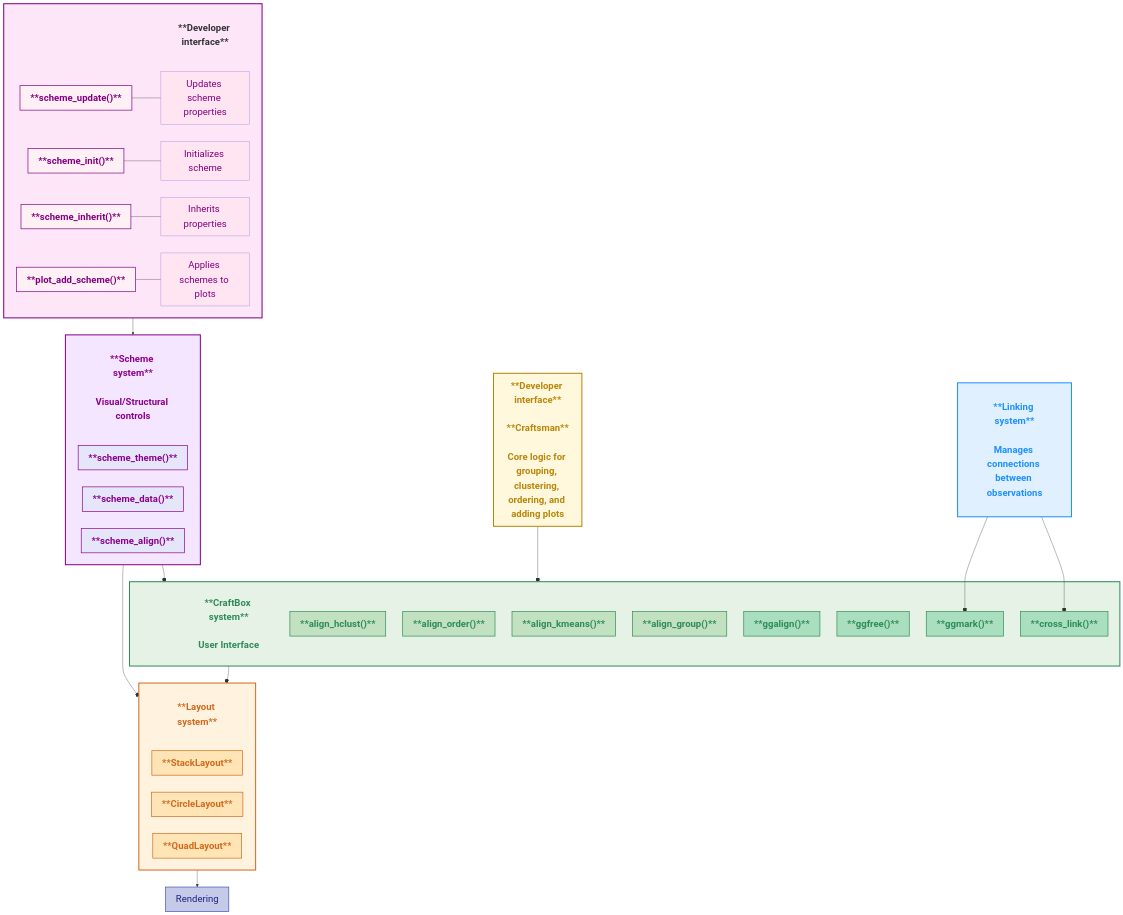
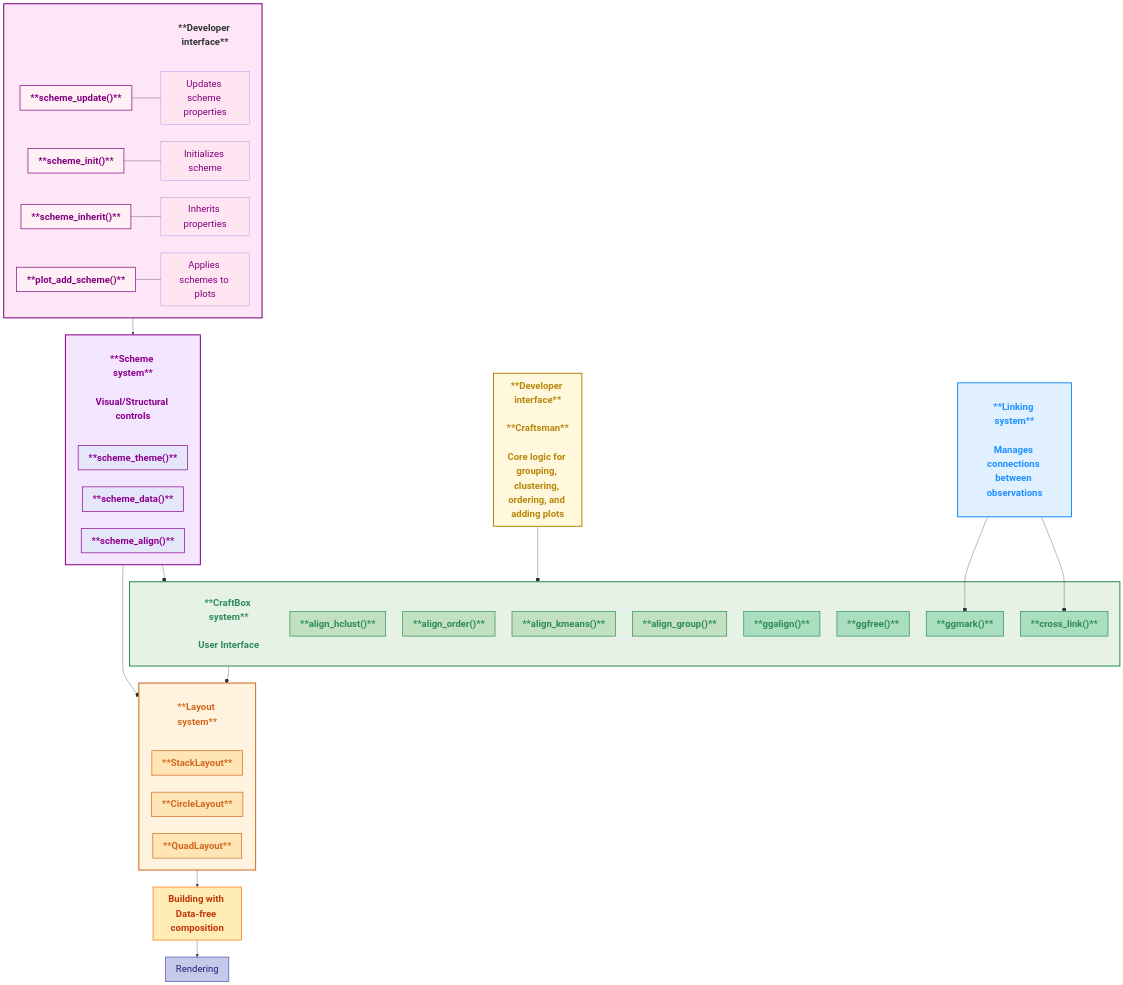
The second of 2 diagrams in introduction.qmd (Yunuuuu/ggalign-book), drawn with Mermaid before and after one commit.

Commit message:
add building composition

````diff
--- a/introduction.qmd
+++ b/introduction.qmd
@@ -189,6 +189,7 @@
         %%  CircleDesc["Positions plots in a circular pattern"]
         %%  QuadDesc["Arranges plots in a grid of four quadrants"]
     end
+    DataFree["Building with Data-free composition"]
     Render["Rendering"]
 
     %% Stack --- StackDesc
@@ -329,6 +330,7 @@
     style SchemeInitDesc fill:#FFE4F1,color:#800080,font-size:28px
     style SchemeInheritDesc fill:#FFE4F1,color:#800080,font-size:28px
     style PlotAddSchemeDesc fill:#FFE4F1,color:#800080,font-size:28px
+    style DataFree fill:#FFECB3,stroke:#FF6F00,stroke-width:2px,color:#BF360C,font-weight:bold,font-size:28px
     style Render fill:#C5CAE9,stroke:#3F51B5,stroke-width:2px,color:#1A237E,font-size:28px
 
     %% Connections
@@ -337,5 +339,6 @@
     Craftsman --o CraftBox
     Scheme --o CraftBox
     Scheme --o Layout
-    Layout --> Render
+    Layout --> DataFree
+    DataFree --> Render
 ```
````
